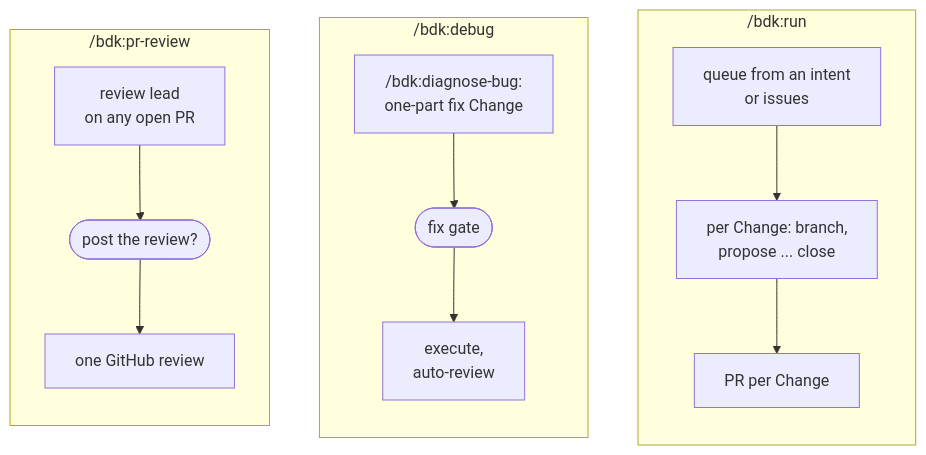
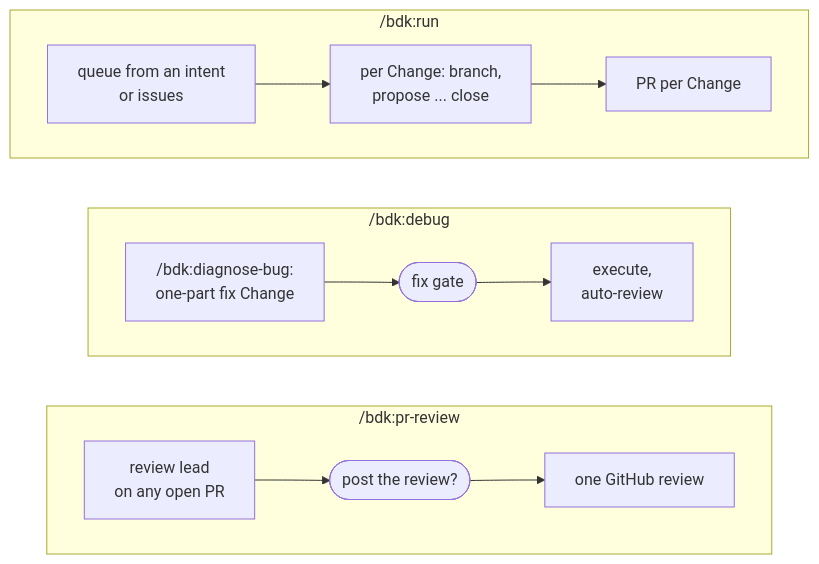
One commit to broneq/bdk changed the second of 3 diagrams in docs/concepts/workflow.md. Above: the diagram before and after it, drawn with Mermaid. The commit also changed 20 other files, not shown here.

First line of the commit message:
fix(docs): fit every diagram into the content column

````diff
--- a/docs/concepts/workflow.md
+++ b/docs/concepts/workflow.md
@@ -29,18 +29,19 @@
 ```mermaid
 flowchart TB
   subgraph A["/bdk:run"]
-    direction TB
+    direction LR
     A1["queue from an intent<br/>or issues"] --> A2["per Change: branch,<br/>propose ... close"]
     A2 --> A3["PR per Change"]
   end
   subgraph B["/bdk:debug"]
-    direction TB
+    direction LR
     B1["/bdk:diagnose-bug:<br/>one-part fix Change"] --> B2(["fix gate"])
     B2 --> B3["execute,<br/>auto-review"]
   end
   subgraph C["/bdk:pr-review"]
-    direction TB
+    direction LR
     C1["review lead<br/>on any open PR"] --> C2(["post the review?"])
     C2 --> C3["one GitHub review"]
   end
+  A ~~~ B ~~~ C
 ```
````
